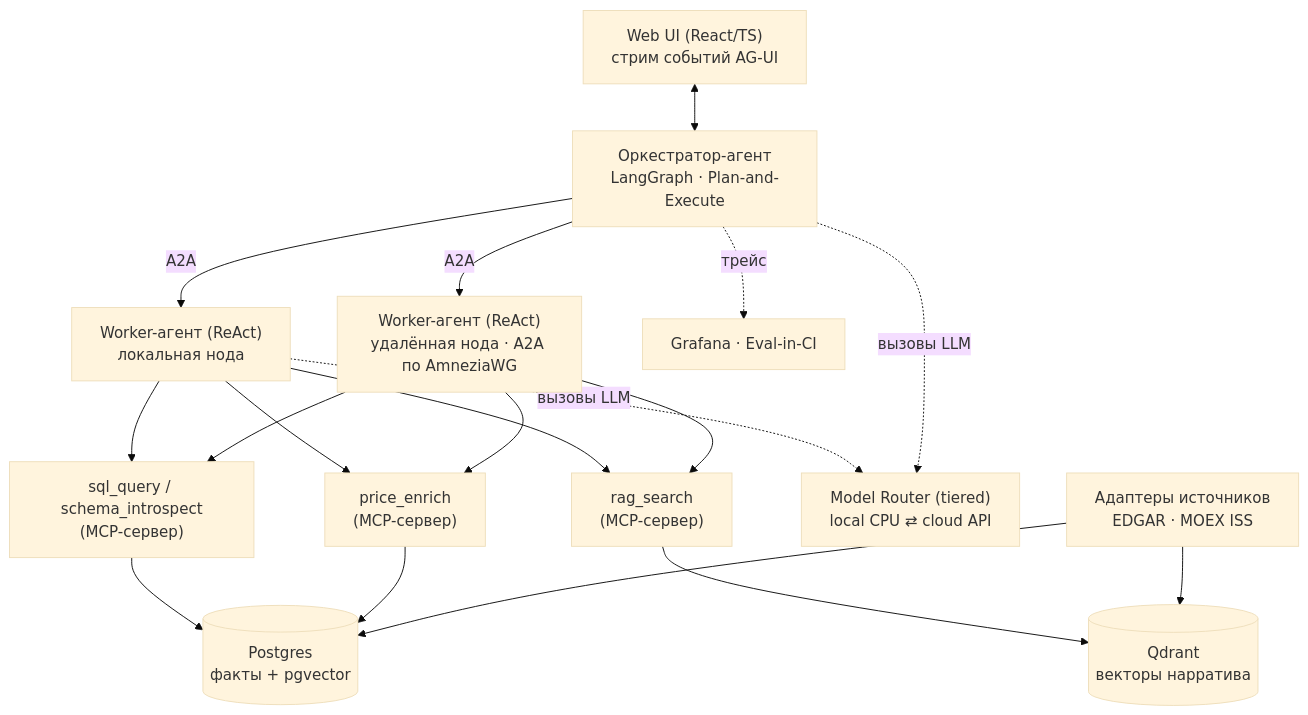
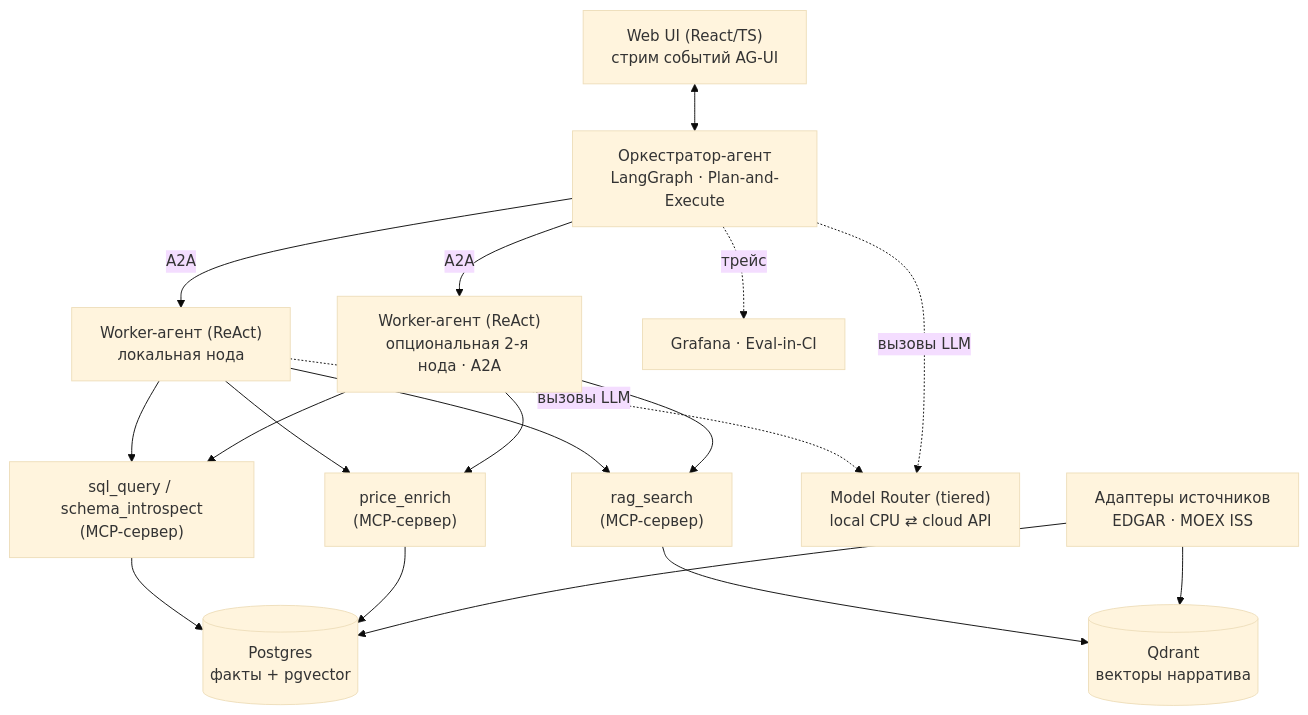
One commit to zzlawlzz/ledgerlens changed the diagram in README.ru.md. Above: the diagram before and after it, drawn with Mermaid (base theme). The commit also changed other lines of this file and 2 other files, not shown here.

````diff
--- a/README.ru.md
+++ b/README.ru.md
@@ -27,28 +27,28 @@
 ```mermaid
 flowchart TB
     UI["Web UI (React/TS)<br/>стрим событий AG-UI"]
     ORCH["Оркестратор-агент<br/>LangGraph · Plan-and-Execute"]
     W1["Worker-агент (ReAct)<br/>локальная нода"]
-    W2["Worker-агент (ReAct)<br/>удалённая нода · A2A по AmneziaWG"]
+    W2["Worker-агент (ReAct)<br/>опциональная 2-я нода · A2A"]
     SQL["sql_query / schema_introspect<br/>(MCP-сервер)"]
     RAG["rag_search<br/>(MCP-сервер)"]
     ENR["price_enrich<br/>(MCP-сервер)"]
     ROUTER["Model Router (tiered)<br/>local CPU ⇄ cloud API"]
     PG[("Postgres<br/>факты + pgvector")]
     QD[("Qdrant<br/>векторы нарратива")]
     ADP["Адаптеры источников<br/>EDGAR · MOEX ISS"]
     OBS["Grafana · Eval-in-CI"]
 
     UI <--> ORCH
     ORCH -- A2A --> W1
     ORCH -- A2A --> W2
     W1 --> SQL & RAG & ENR
     W2 --> SQL & RAG & ENR
     W1 -. вызовы LLM .-> ROUTER
     ORCH -. вызовы LLM .-> ROUTER
     SQL --> PG
     RAG --> QD
     ENR --> PG
     ADP --> PG & QD
     ORCH -. трейс .-> OBS
 ```
````
